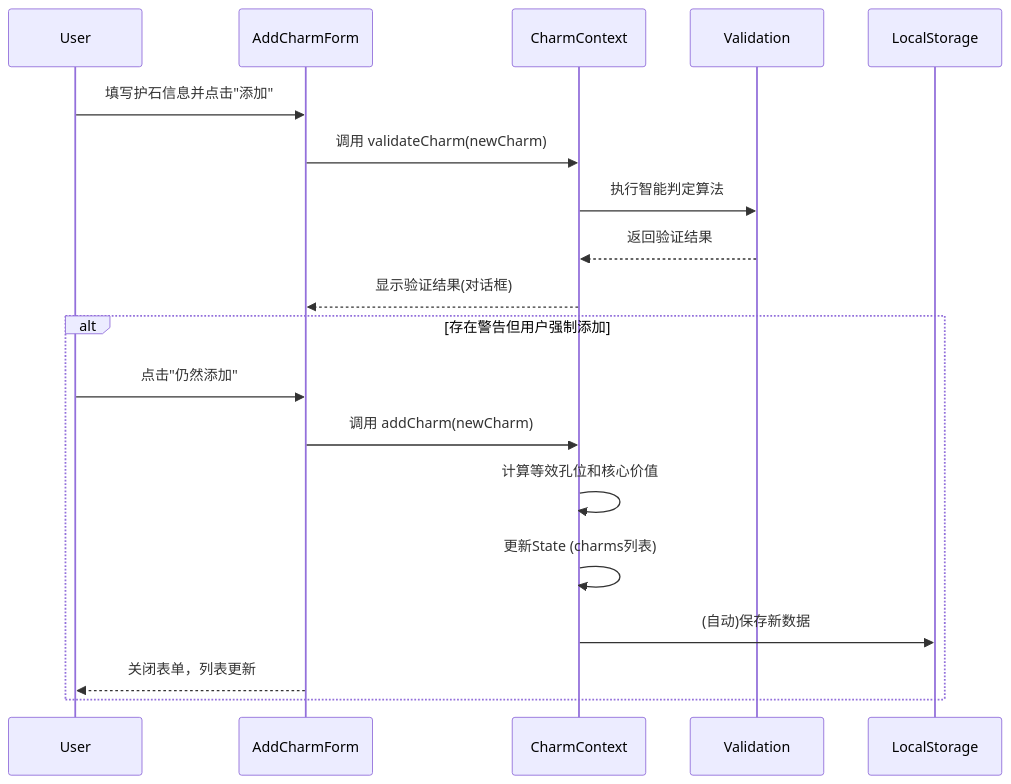
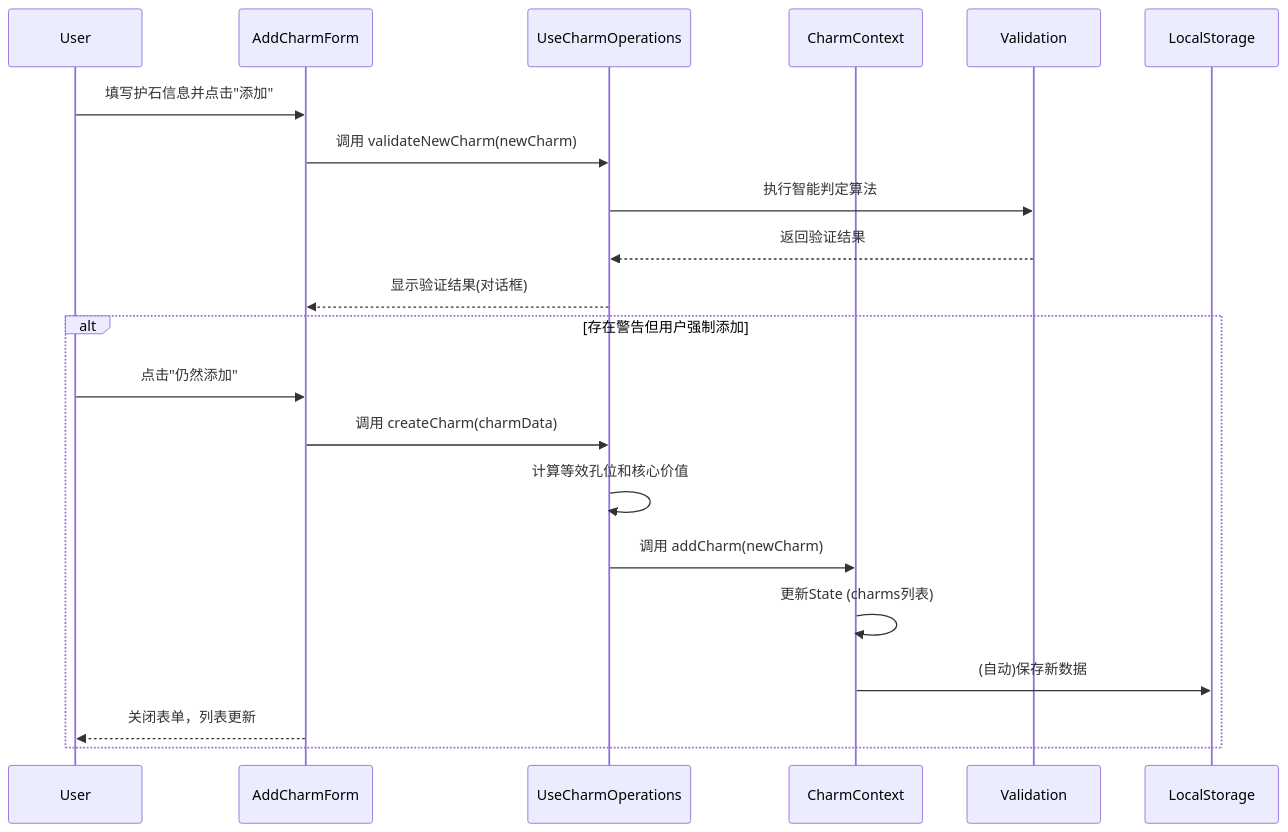
The third of 3 diagrams in ARCHITECTURE.md (mooonseeker/mhws-charm-manager), drawn with Mermaid before and after one commit. The commit also changed other lines of this file and 1 other file, not shown here.

Commit message:
📃 docs: update readme and architecture docs

````diff
--- a/ARCHITECTURE.md
+++ b/ARCHITECTURE.md
@@ -346,23 +379,25 @@
 ```mermaid
 sequenceDiagram
     participant User
     participant AddCharmForm
+    participant UseCharmOperations
     participant CharmContext
     participant Validation
     participant LocalStorage
-    
+
     User->>AddCharmForm: 填写护石信息并点击"添加"
-    AddCharmForm->>CharmContext: 调用 validateCharm(newCharm)
-    CharmContext->>Validation: 执行智能判定算法
-    Validation-->>CharmContext: 返回验证结果
-    CharmContext-->>AddCharmForm: 显示验证结果(对话框)
-    
+    AddCharmForm->>UseCharmOperations: 调用 validateNewCharm(newCharm)
+    UseCharmOperations->>Validation: 执行智能判定算法
+    Validation-->>UseCharmOperations: 返回验证结果
+    UseCharmOperations-->>AddCharmForm: 显示验证结果(对话框)
+
     alt 存在警告但用户强制添加
         User->>AddCharmForm: 点击"仍然添加"
-        AddCharmForm->>CharmContext: 调用 addCharm(newCharm)
-        CharmContext->>CharmContext: 计算等效孔位和核心价值
+        AddCharmForm->>UseCharmOperations: 调用 createCharm(charmData)
+        UseCharmOperations->>UseCharmOperations: 计算等效孔位和核心价值
+        UseCharmOperations->>CharmContext: 调用 addCharm(newCharm)
         CharmContext->>CharmContext: 更新State (charms列表)
         CharmContext->>LocalStorage: (自动)保存新数据
         AddCharmForm-->>User: 关闭表单，列表更新
     end
 ```
````
